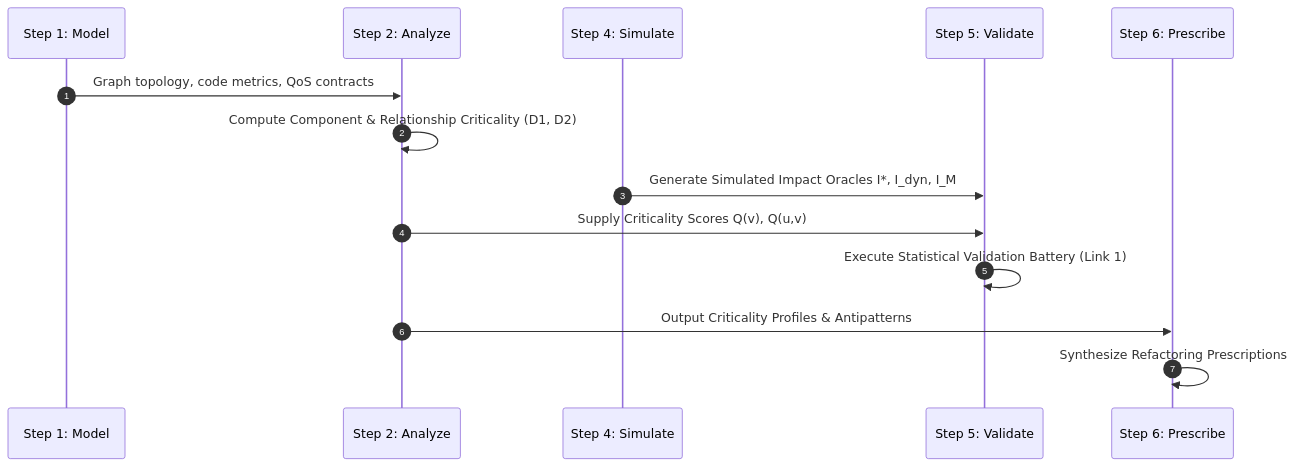
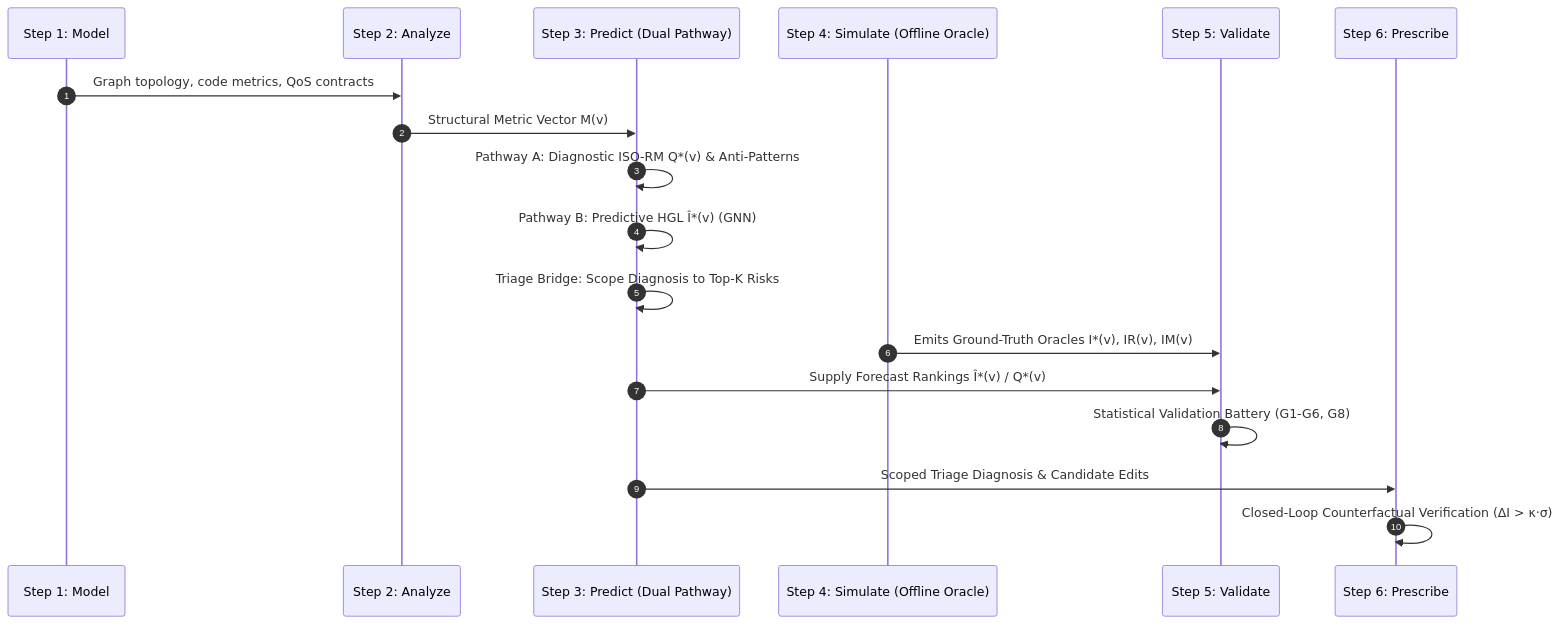
Before and after one commit to onuralpyigit/software-as-a-graph: the ninth of 9 diagrams in docs/criticality.md, drawn with Mermaid. The commit also changed 11 other files, not shown here.

````diff
--- a/docs/criticality.md
+++ b/docs/criticality.md
@@ -598,17 +598,21 @@
 ```mermaid
 sequenceDiagram
     autonumber
     participant M as Step 1: Model
     participant A as Step 2: Analyze
-    participant S as Step 4: Simulate
+    participant P as Step 3: Predict (Dual Pathway)
+    participant S as Step 4: Simulate (Offline Oracle)
     participant V as Step 5: Validate
-    participant P as Step 6: Prescribe
+    participant Rx as Step 6: Prescribe
 
     M->>A: Graph topology, code metrics, QoS contracts
-    A->>A: Compute Component & Relationship Criticality (D1, D2)
-    S->>V: Generate Simulated Impact Oracles I*, I_dyn, I_M
-    A->>V: Supply Criticality Scores Q(v), Q(u,v)
-    V->>V: Execute Statistical Validation Battery (Link 1)
-    A->>P: Output Criticality Profiles & Antipatterns
-    P->>P: Synthesize Refactoring Prescriptions
+    A->>P: Structural Metric Vector M(v)
+    P->>P: Pathway A: Diagnostic ISO-RM Q*(v) & Anti-Patterns
+    P->>P: Pathway B: Predictive HGL Î*(v) (GNN)
+    P->>P: Triage Bridge: Scope Diagnosis to Top-K Risks
+    S->>V: Emits Ground-Truth Oracles I*(v), IR(v), IM(v)
+    P->>V: Supply Forecast Rankings Î*(v) / Q*(v)
+    V->>V: Statistical Validation Battery (G1-G6, G8)
+    P->>Rx: Scoped Triage Diagnosis & Candidate Edits
+    Rx->>Rx: Closed-Loop Counterfactual Verification (ΔI > κ·σ)
 ```
````
